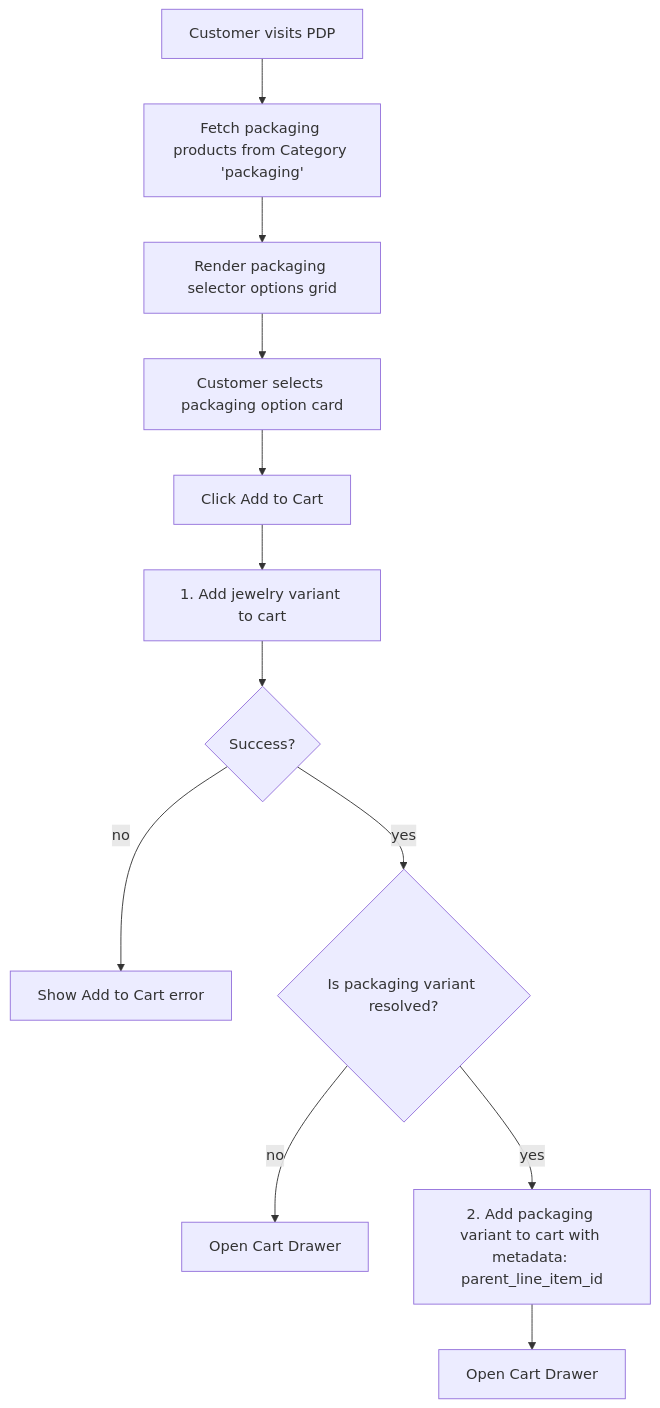
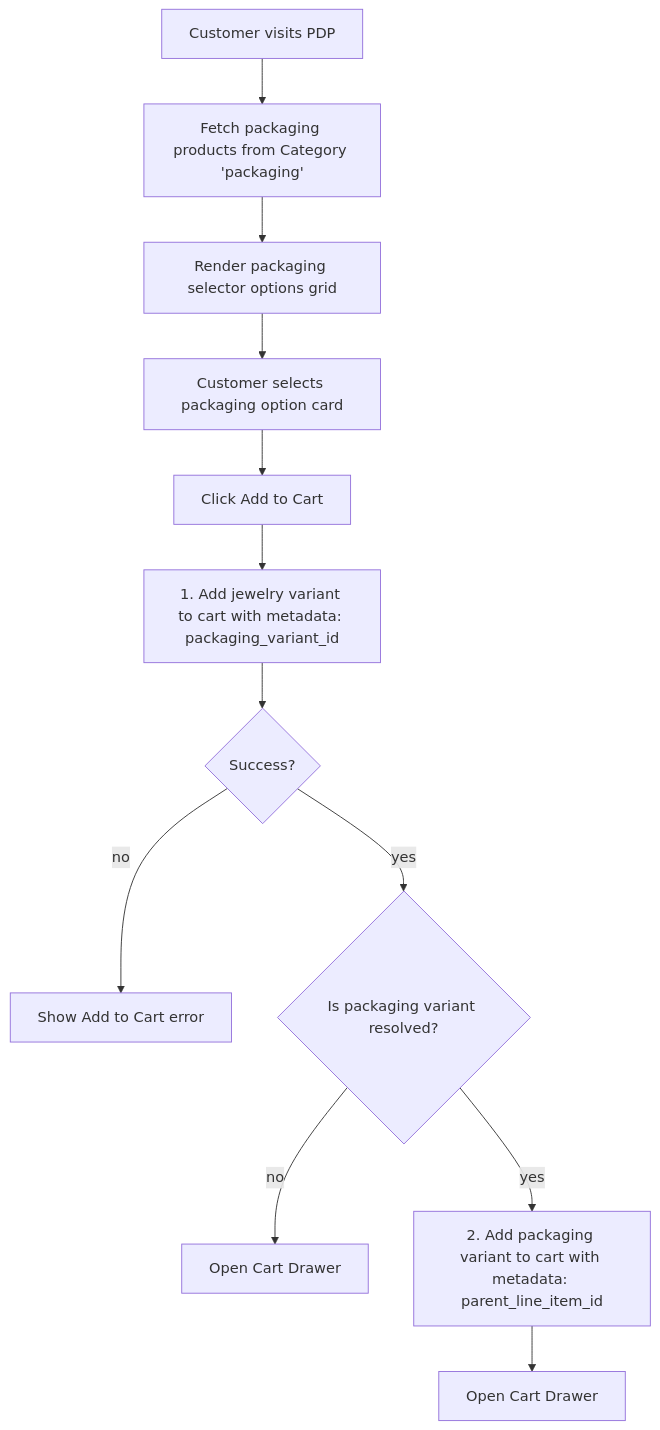
One commit to AtoshaKartosha/sunluk changed the first of 3 diagrams in flows/features/product-addons.md. Above: the diagram before and after it, drawn with Mermaid. The commit also changed other lines of this file, not shown here.

Commit message:
docs(flows): reconcile product-addons flow document with implemented packaging merge behavior

````diff
--- a/flows/features/product-addons.md
+++ b/flows/features/product-addons.md
@@ -41,17 +42,17 @@
 ```mermaid
 flowchart TD
   Start[Customer visits PDP] --> LoadPack[Fetch packaging products from Category 'packaging']
   LoadPack --> ShowOptions[Render packaging selector options grid]
   
   ShowOptions --> Toggle[Customer selects packaging option card]
   Toggle --> ClickAdd[Click Add to Cart]
   
-  ClickAdd --> AddMain[1. Add jewelry variant to cart]
+  ClickAdd --> AddMain[1. Add jewelry variant to cart with metadata: packaging_variant_id]
   AddMain --> AddSuccess{Success?}
   AddSuccess -->|no| ShowError[Show Add to Cart error]
   AddSuccess -->|yes| CheckAddon{Is packaging variant resolved?}
   
   CheckAddon -->|no| OpenCart[Open Cart Drawer]
   CheckAddon -->|yes| AddAddon[2. Add packaging variant to cart with metadata: parent_line_item_id]
   AddAddon --> AddonSuccess[Open Cart Drawer]
 ```
````
